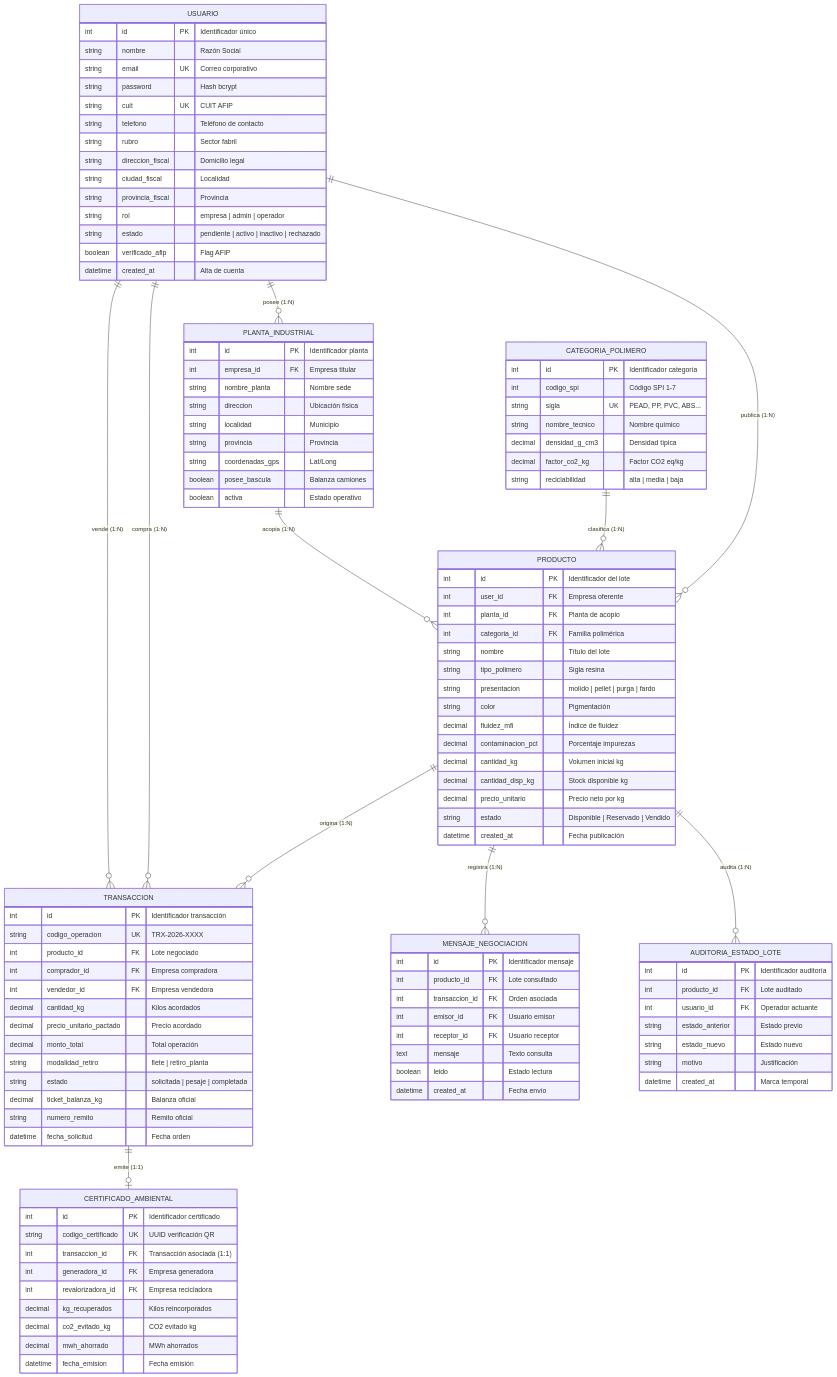
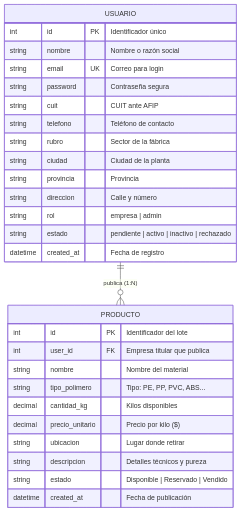
One commit to manurisolo2-blip/MateriaxPro changed the third of 3 diagrams in docs/DER.md. Above: the diagram before and after it, drawn with Mermaid. The commit also changed other lines of this file and 5 other files, not shown here.

Commit message:
docs: simplificar DER y Modelo Relacional a arquitectura real de 2 entidades y clarificar permisos usuario vs admin

````diff
--- a/docs/DER.md
+++ b/docs/DER.md
@@ -269,119 +139,33 @@
 ```mermaid
 erDiagram
-    USUARIO ||--o{ PLANTA_INDUSTRIAL : "posee (1:N)"
     USUARIO ||--o{ PRODUCTO : "publica (1:N)"
-    CATEGORIA_POLIMERO ||--o{ PRODUCTO : "clasifica (1:N)"
-    PLANTA_INDUSTRIAL ||--o{ PRODUCTO : "acopia (1:N)"
-    PRODUCTO ||--o{ TRANSACCION : "origina (1:N)"
-    USUARIO ||--o{ TRANSACCION : "compra (1:N)"
-    USUARIO ||--o{ TRANSACCION : "vende (1:N)"
-    TRANSACCION ||--o| CERTIFICADO_AMBIENTAL : "emite (1:1)"
-    PRODUCTO ||--o{ MENSAJE_NEGOCIACION : "registra (1:N)"
-    PRODUCTO ||--o{ AUDITORIA_ESTADO_LOTE : "audita (1:N)"
 
     USUARIO {
         int id PK "Identificador único"
-        string nombre "Razón Social"
-        string email UK "Correo corporativo"
-        string password "Hash bcrypt"
-        string cuit UK "CUIT AFIP"
+        string nombre "Nombre o razón social"
+        string email UK "Correo para login"
+        string password "Contraseña segura"
+        string cuit "CUIT ante AFIP"
         string telefono "Teléfono de contacto"
-        string rubro "Sector fabril"
-        string direccion_fiscal "Domicilio legal"
-        string ciudad_fiscal "Localidad"
-        string provincia_fiscal "Provincia"
-        string rol "empresa | admin | operador"
+        string rubro "Sector de la fábrica"
+        string ciudad "Ciudad de la planta"
+        string provincia "Provincia"
+        string direccion "Calle y número"
+        string rol "empresa | admin"
         string estado "pendiente | activo | inactivo | rechazado"
-        boolean verificado_afip "Flag AFIP"
-        datetime created_at "Alta de cuenta"
-    }
-
-    PLANTA_INDUSTRIAL {
-        int id PK "Identificador planta"
-        int empresa_id FK "Empresa titular"
-        string nombre_planta "Nombre sede"
-        string direccion "Ubicación física"
-        string localidad "Municipio"
-        string provincia "Provincia"
-        string coordenadas_gps "Lat/Long"
-        boolean posee_bascula "Balanza camiones"
-        boolean activa "Estado operativo"
-    }
-
-    CATEGORIA_POLIMERO {
-        int id PK "Identificador categoría"
-        int codigo_spi "Código SPI 1-7"
-        string sigla UK "PEAD, PP, PVC, ABS..."
-        string nombre_tecnico "Nombre químico"
-        decimal densidad_g_cm3 "Densidad típica"
-        decimal factor_co2_kg "Factor CO2 eq/kg"
-        string reciclabilidad "alta | media | baja"
+        datetime created_at "Fecha de registro"
     }
 
     PRODUCTO {
         int id PK "Identificador del lote"
-        int user_id FK "Empresa oferente"
-        int planta_id FK "Planta de acopio"
-        int categoria_id FK "Familia polimérica"
-        string nombre "Título del lote"
-        string tipo_polimero "Sigla resina"
-        string presentacion "molido | pellet | purga | fardo"
-        string color "Pigmentación"
-        decimal fluidez_mfi "Índice de fluidez"
-        decimal contaminacion_pct "Porcentaje impurezas"
-        decimal cantidad_kg "Volumen inicial kg"
-        decimal cantidad_disp_kg "Stock disponible kg"
-        decimal precio_unitario "Precio neto por kg"
+        int user_id FK "Empresa titular que publica"
+        string nombre "Nombre del material"
+        string tipo_polimero "Tipo: PE, PP, PVC, ABS..."
+        decimal cantidad_kg "Kilos disponibles"
+        decimal precio_unitario "Precio por kilo ($)"
+        string ubicacion "Lugar donde retirar"
+        string descripcion "Detalles técnicos y pureza"
         string estado "Disponible | Reservado | Vendido"
-        datetime created_at "Fecha publicación"
-    }
-
-    TRANSACCION {
-        int id PK "Identificador transacción"
-        string codigo_operacion UK "TRX-2026-XXXX"
-        int producto_id FK "Lote negociado"
-        int comprador_id FK "Empresa compradora"
-        int vendedor_id FK "Empresa vendedora"
-        decimal cantidad_kg "Kilos acordados"
-        decimal precio_unitario_pactado "Precio acordado"
-        decimal monto_total "Total operación"
-        string modalidad_retiro "flete | retiro_planta"
-        string estado "solicitada | pesaje | completada"
-        decimal ticket_balanza_kg "Balanza oficial"
-        string numero_remito "Remito oficial"
-        datetime fecha_solicitud "Fecha orden"
-    }
-
-    CERTIFICADO_AMBIENTAL {
-        int id PK "Identificador certificado"
-        string codigo_certificado UK "UUID verificación QR"
-        int transaccion_id FK "Transacción asociada (1:1)"
-        int generadora_id FK "Empresa generadora"
-        int revalorizadora_id FK "Empresa recicladora"
-        decimal kg_recuperados "Kilos reincorporados"
-        decimal co2_evitado_kg "CO2 evitado kg"
-        decimal mwh_ahorrado "MWh ahorrados"
-        datetime fecha_emision "Fecha emisión"
-    }
-
-    MENSAJE_NEGOCIACION {
-        int id PK "Identificador mensaje"
-        int producto_id FK "Lote consultado"
-        int transaccion_id FK "Orden asociada"
-        int emisor_id FK "Usuario emisor"
-        int receptor_id FK "Usuario receptor"
-        text mensaje "Texto consulta"
-        boolean leido "Estado lectura"
-        datetime created_at "Fecha envío"
-    }
-
-    AUDITORIA_ESTADO_LOTE {
-        int id PK "Identificador auditoría"
-        int producto_id FK "Lote auditado"
-        int usuario_id FK "Operador actuante"
-        string estado_anterior "Estado previo"
-        string estado_nuevo "Estado nuevo"
-        string motivo "Justificación"
-        datetime created_at "Marca temporal"
+        datetime created_at "Fecha de publicación"
     }
 ```
````
